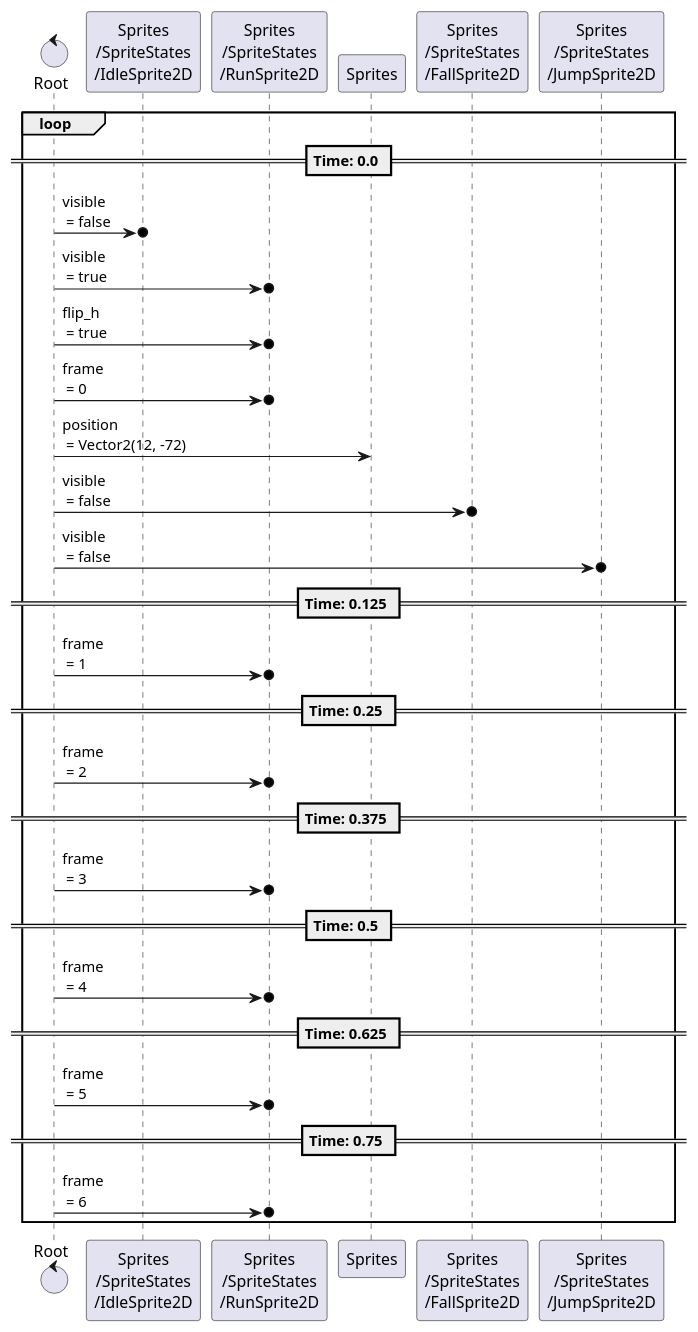
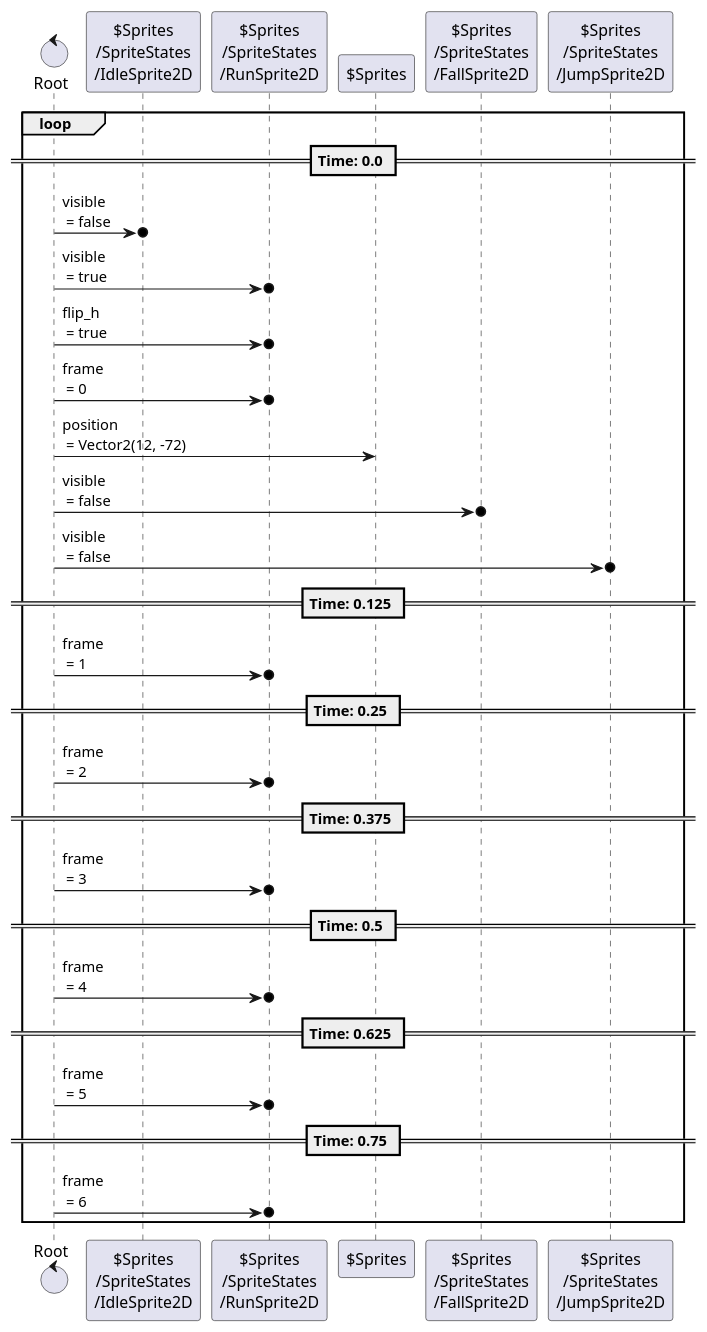
The ninth of 11 diagrams in content/scenes/src/player/player.tscn.adoc (tkmfujise/Platformer-Game-Learning), drawn with PlantUML before and after one commit. The commit also changed other lines of this file and 31 other files, not shown here.

Commit message:
Add prefix $ to node name in animation sequences

```diff
--- a/content/scenes/src/player/player.tscn.adoc
+++ b/content/scenes/src/player/player.tscn.adoc
@@ -496,34 +496,34 @@
 [plantuml]
 ....
-control "Root" as Root
-participant "Sprites\n/SpriteStates\n/IdleSprite2D" as T0
-participant "Sprites\n/SpriteStates\n/RunSprite2D" as T1
-participant "Sprites" as T4
-participant "Sprites\n/SpriteStates\n/FallSprite2D" as T5
-participant "Sprites\n/SpriteStates\n/JumpSprite2D" as T6
+control "Root" as R
+participant "$Sprites\n/SpriteStates\n/IdleSprite2D" as T0
+participant "$Sprites\n/SpriteStates\n/RunSprite2D" as T1
+participant "$Sprites" as T4
+participant "$Sprites\n/SpriteStates\n/FallSprite2D" as T5
+participant "$Sprites\n/SpriteStates\n/JumpSprite2D" as T6
 
 
 loop
 == Time: 0.0 ==
-Root  ->o  T0 : visible\n = false
-Root  ->o  T1 : visible\n = true
-Root  ->o  T1 : flip_h\n = true
-Root  ->o  T1 : frame\n = 0
-Root  ->  T4 : position\n = Vector2(12, -72)
-Root  ->o  T5 : visible\n = false
-Root  ->o  T6 : visible\n = false
+R  ->o  T0 : visible\n = false
+R  ->o  T1 : visible\n = true
+R  ->o  T1 : flip_h\n = true
+R  ->o  T1 : frame\n = 0
+R  ->  T4 : position\n = Vector2(12, -72)
+R  ->o  T5 : visible\n = false
+R  ->o  T6 : visible\n = false
 == Time: 0.125 ==
-Root  ->o  T1 : frame\n = 1
+R  ->o  T1 : frame\n = 1
 == Time: 0.25 ==
-Root  ->o  T1 : frame\n = 2
+R  ->o  T1 : frame\n = 2
 == Time: 0.375 ==
-Root  ->o  T1 : frame\n = 3
+R  ->o  T1 : frame\n = 3
 == Time: 0.5 ==
-Root  ->o  T1 : frame\n = 4
+R  ->o  T1 : frame\n = 4
 == Time: 0.625 ==
-Root  ->o  T1 : frame\n = 5
+R  ->o  T1 : frame\n = 5
 == Time: 0.75 ==
-Root  ->o  T1 : frame\n = 6
+R  ->o  T1 : frame\n = 6
 
 end
 ....
```
